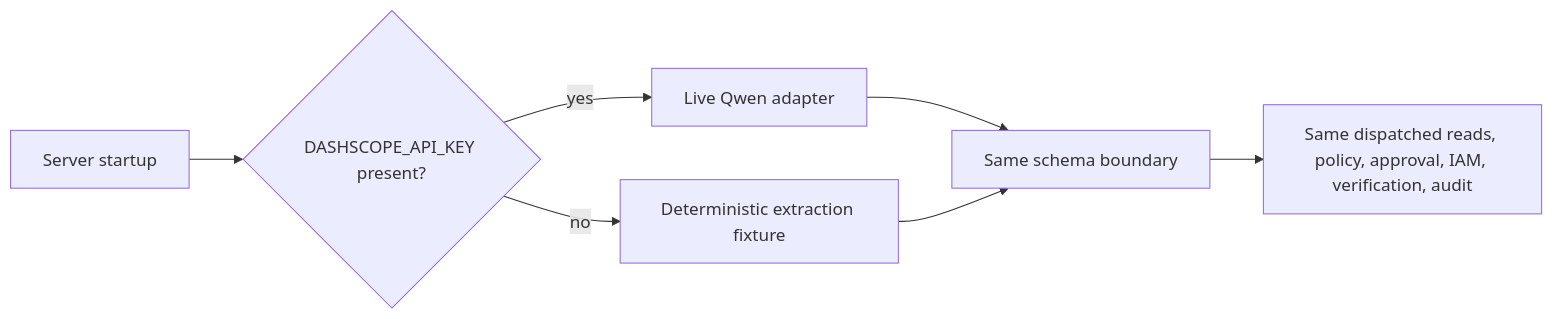
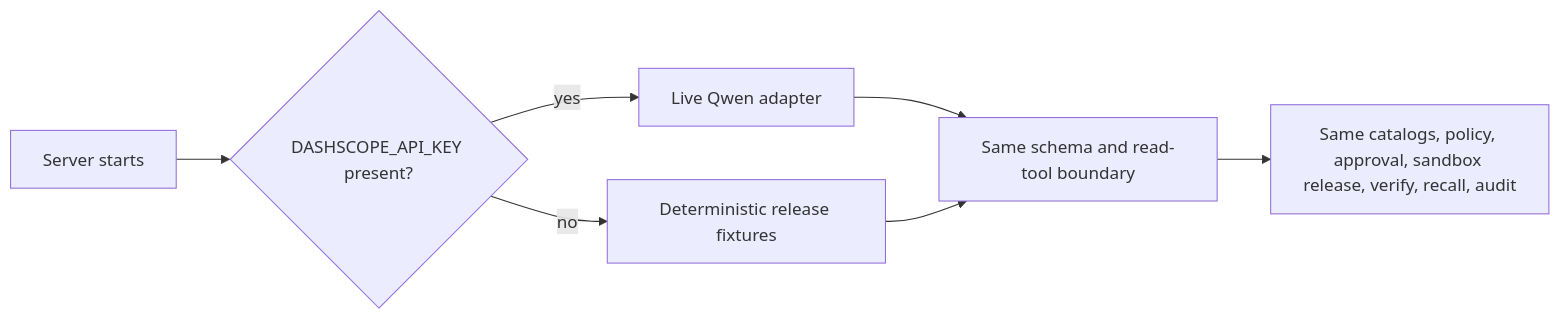
Before and after one commit to xiaodouzi666/releaseproof: the fourth of 5 diagrams in docs/architecture.md, drawn with Mermaid. The commit also changed other lines of this file and 70 other files, not shown here.

````diff
--- a/docs/architecture.md
+++ b/docs/architecture.md
@@ -199,9 +234,9 @@
-```mermaid
+~~~mermaid
 flowchart LR
-    Start[Server startup] --> Key{DASHSCOPE_API_KEY present?}
+    Start[Server starts] --> Key{DASHSCOPE_API_KEY present?}
     Key -->|yes| Live[Live Qwen adapter]
-    Key -->|no| Demo[Deterministic extraction fixture]
-    Live --> Boundary[Same schema boundary]
-    Demo --> Boundary
-    Boundary --> Pipeline[Same dispatched reads, policy, approval, IAM, verification, audit]
-```
+    Key -->|no| Fixture[Deterministic release fixtures]
+    Live --> Boundary[Same schema and read-tool boundary]
+    Fixture --> Boundary
+    Boundary --> Pipeline[Same catalogs, policy, approval, sandbox release, verify, recall, audit]
+~~~
````
